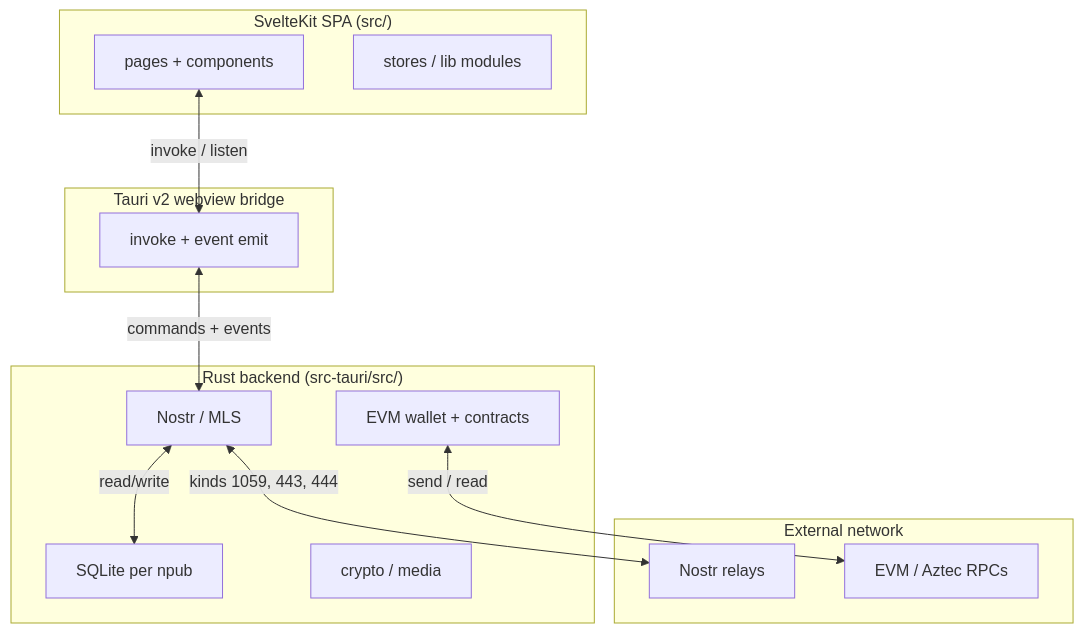
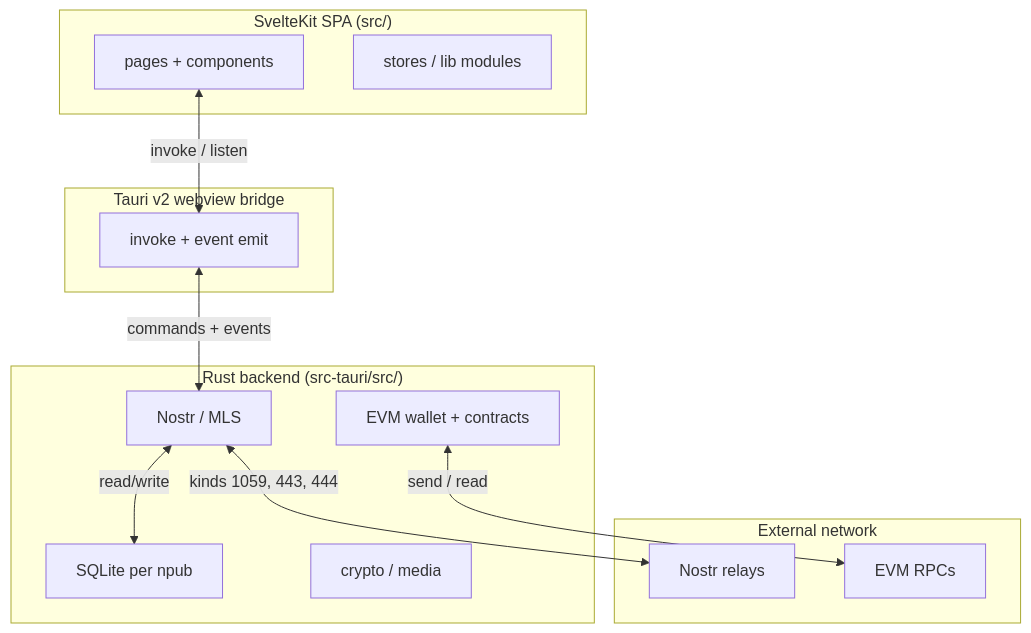
The first of 4 diagrams in docs/ARCHITECTURE.md (daopunk/pacto-app), drawn with Mermaid before and after one commit. The commit also changed other lines of this file, not shown here.

Commit message:
docs(ARCHITECTURE): correct NIP-17 terminology, read-plane split, storage nuance, and remove Aztec

````diff
--- a/docs/ARCHITECTURE.md
+++ b/docs/ARCHITECTURE.md
@@ -9,25 +9,25 @@
 ```mermaid
 flowchart TB
     subgraph Frontend["SvelteKit SPA (src/)"]
         A[pages + components]
         B[stores / lib modules]
     end
     subgraph Tauri["Tauri v2 webview bridge"]
         C[invoke + event emit]
     end
     subgraph Backend["Rust backend (src-tauri/src/)"]
         D[Nostr / MLS]
         E[SQLite per npub]
         F[EVM wallet + contracts]
         G[crypto / media]
     end
     subgraph Network["External network"]
         H[Nostr relays]
-        I[EVM / Aztec RPCs]
+        I[EVM RPCs]
     end
     A <-->|invoke / listen| C
     C <-->|commands + events| D
     D <-->|read/write| E
     D <-->|kinds 1059, 443, 444| H
     F <-->|send / read| I
 ```
````
